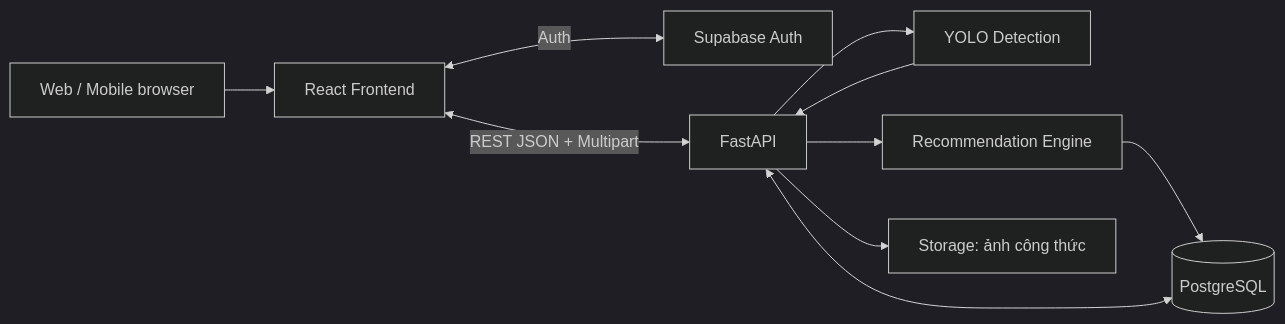
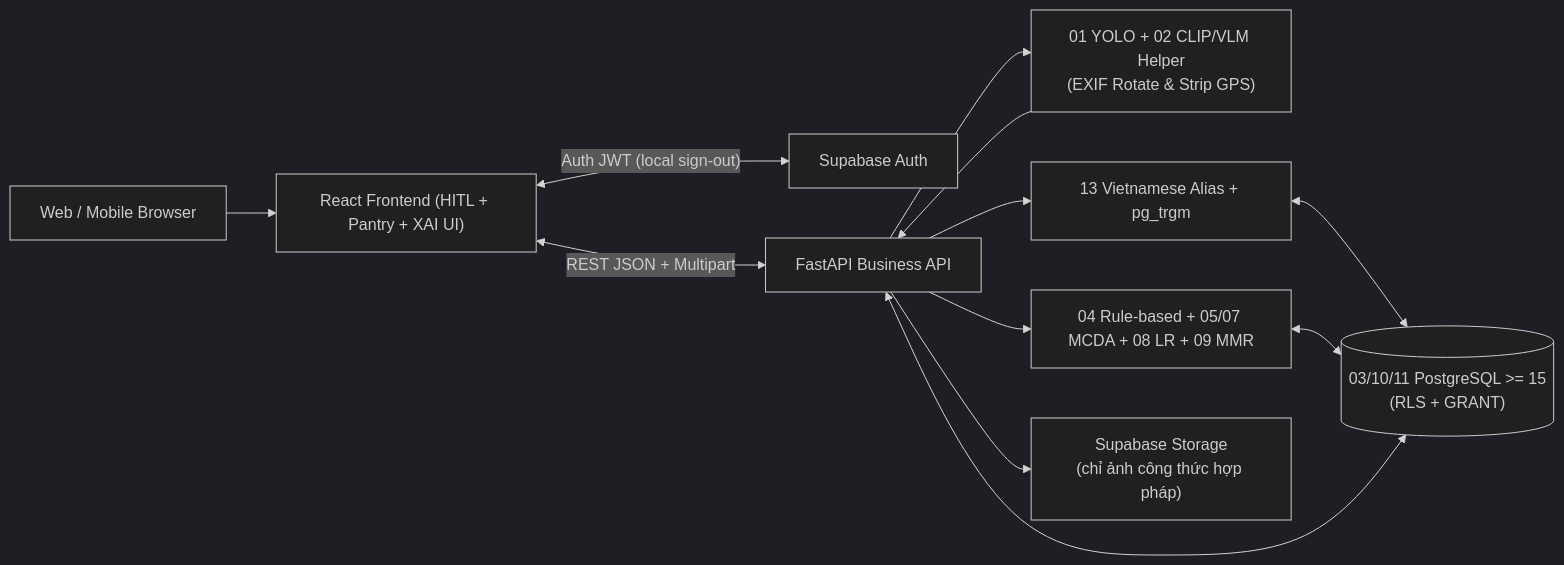
The first of 2 diagrams in docs/02-architecture/system-architecture.md (phongg2905/foodVision-AI), drawn with Mermaid (dark theme) before and after one commit. The commit also changed other lines of this file and 31 other files, not shown here.

First line of the commit message:
docs: align specifications with 14-component intelligent architecture

````diff
--- a/docs/02-architecture/system-architecture.md
+++ b/docs/02-architecture/system-architecture.md
@@ -21,12 +35,14 @@
 ```mermaid
 flowchart LR
-    Guest["Web / Mobile browser"] --> FE["React Frontend"]
-    FE <-->|"Auth"| SA["Supabase Auth"]
-    FE <-->|"REST JSON + Multipart"| BE["FastAPI"]
-    BE --> YOLO["YOLO Detection"]
+    Guest["Web / Mobile Browser"] --> FE["React Frontend (HITL + Pantry + XAI UI)"]
+    FE <-->|"Auth JWT (local sign-out)"| SA["Supabase Auth"]
+    FE <-->|"REST JSON + Multipart"| BE["FastAPI Business API"]
+    BE --> YOLO["01 YOLO + 02 CLIP/VLM Helper\n(EXIF Rotate & Strip GPS)"]
     YOLO --> BE
-    BE --> REC["Recommendation Engine"]
-    REC --> PG[("PostgreSQL")]
+    BE --> NORM["13 Vietnamese Alias + pg_trgm"]
+    BE --> REC["04 Rule-based + 05/07 MCDA + 08 LR + 09 MMR"]
+    NORM <--> PG[("03/10/11 PostgreSQL >= 15\n(RLS + GRANT)")]
+    REC <--> PG
     BE <--> PG
-    BE --> ST["Storage: ảnh công thức"]
+    BE --> ST["Supabase Storage\n(chỉ ảnh công thức hợp pháp)"]
 ```
````
